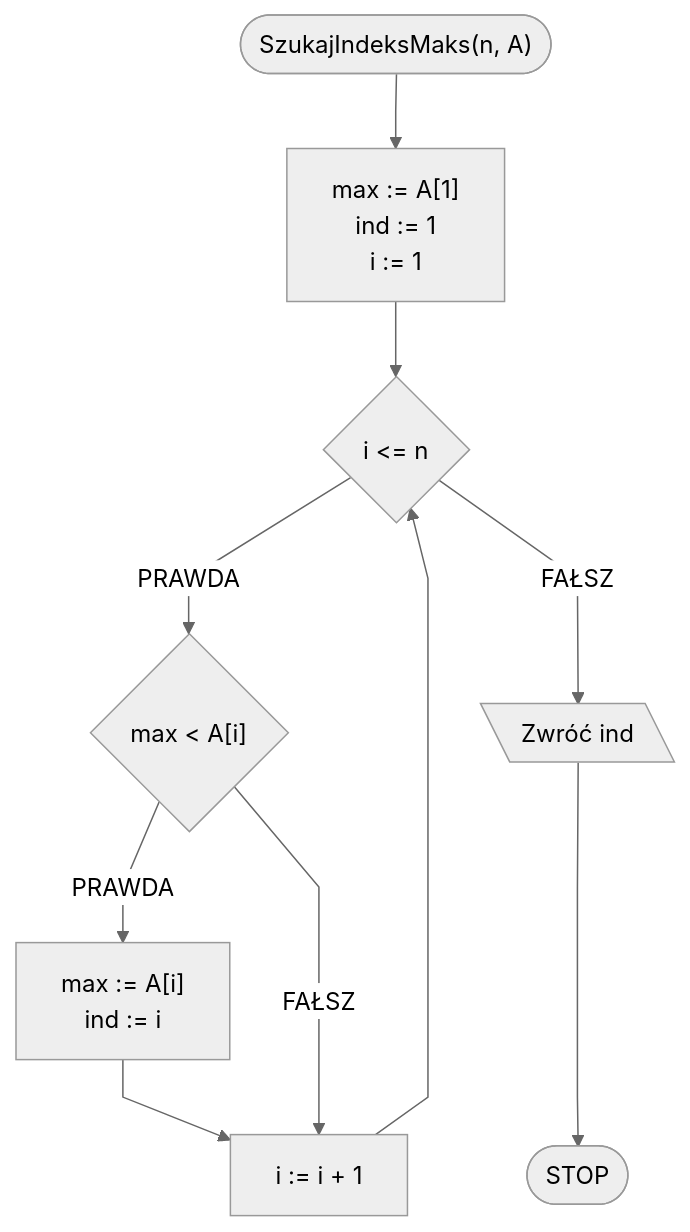
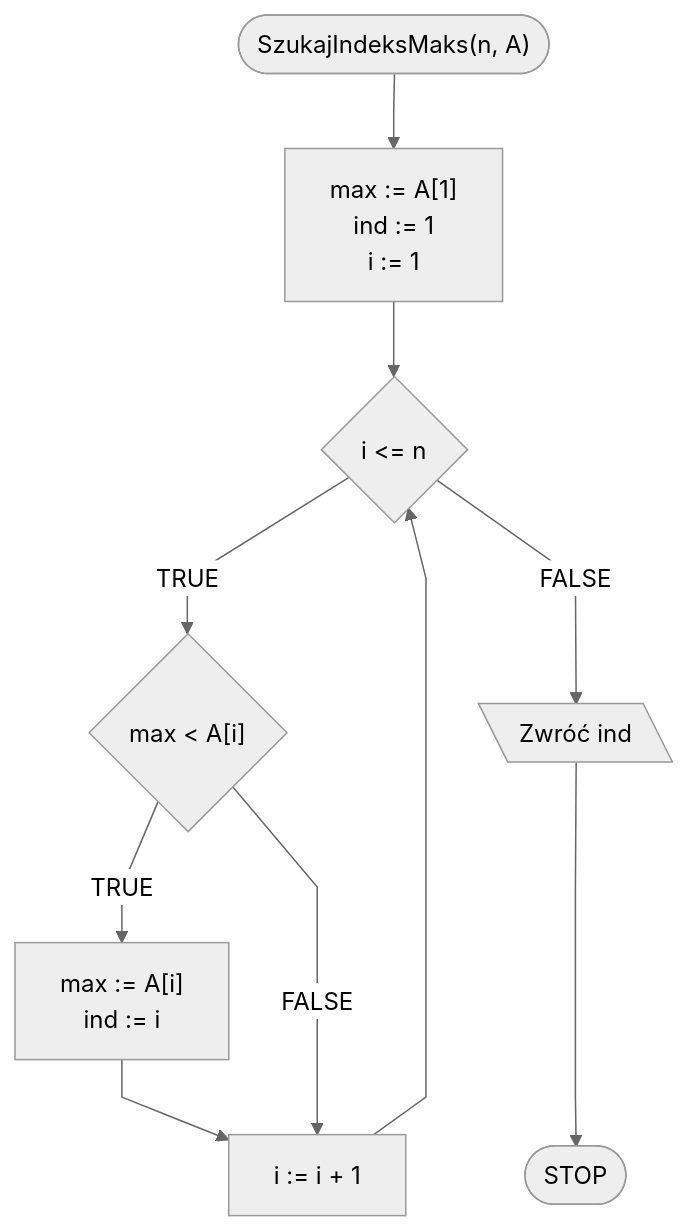
One commit to blackbat13/edu-cs-htiew-en changed the second of 2 diagrams in docs/algorithms/searching/min-or-max.md. Above: the diagram before and after it, drawn with Mermaid. The commit also changed other lines of this file and 682 other files, not shown here.

````diff
--- a/docs/algorithms/searching/min-or-max.md
+++ b/docs/algorithms/searching/min-or-max.md
@@ -157,16 +157,16 @@
 ```mermaid
 %%{init: {"flowchart": {"curve": "linear"}, "theme": "neutral"} }%%
 flowchart TD
 	START(["SzukajIndeksMaks(n, A)"]) --> K1["max := A[1]
 	ind := 1
 	i := 1"]
 	K1 --> K2{i <= n}
-	K2 -- PRAWDA --> K3{"max < A[i]"}
-	K3 -- PRAWDA --> K4["max := A[i]
+	K2 -- TRUE --> K3{"max < A[i]"}
+	K3 -- TRUE --> K4["max := A[i]
 	ind := i"]
 	K4 --> K2i[i := i + 1]
 	K2i --> K2
-	K3 -- FAŁSZ --> K2i
-	K2 -- FAŁSZ --> K5[\Zwróć ind\]
+	K3 -- FALSE --> K2i
+	K2 -- FALSE --> K5[\Zwróć ind\]
 	K5 ---> STOP([STOP])
 ```
````
